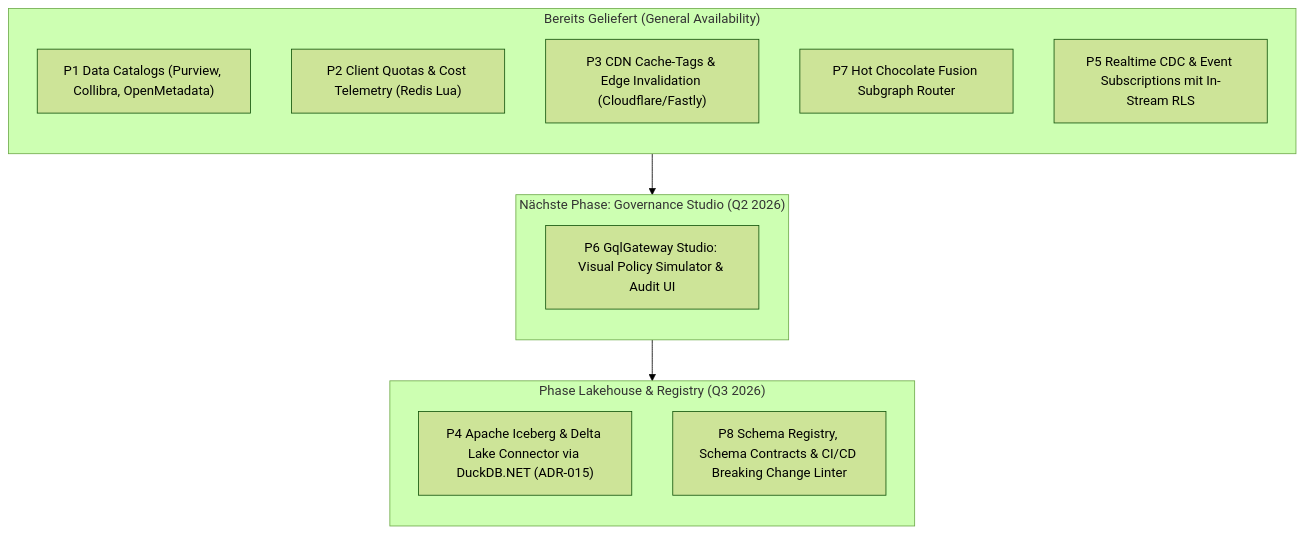
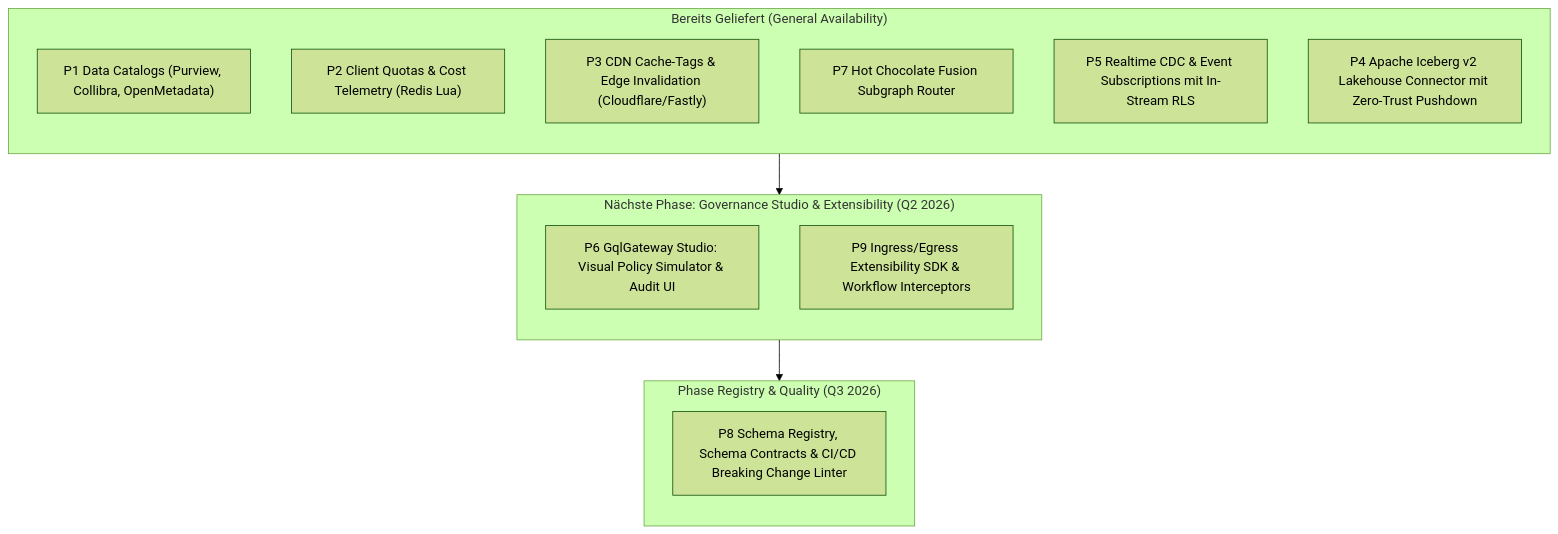
One commit to themulle/gql changed the third of 3 diagrams in marktanalyse.md. Above: the diagram before and after it, drawn with Mermaid (forest theme). The commit also changed other lines of this file and 18 other files, not shown here.

````diff
--- a/marktanalyse.md
+++ b/marktanalyse.md
@@ -78,25 +161,26 @@
 ```mermaid
 flowchart TD
     subgraph Delivered["Bereits Geliefert (General Availability)"]
         direction TB
         D1["P1 Data Catalogs (Purview, Collibra, OpenMetadata)"]
         D2["P2 Client Quotas & Cost Telemetry (Redis Lua)"]
         D3["P3 CDN Cache-Tags & Edge Invalidation (Cloudflare/Fastly)"]
         D4["P7 Hot Chocolate Fusion Subgraph Router"]
         D5["P5 Realtime CDC & Event Subscriptions mit In-Stream RLS"]
+        D6["P4 Apache Iceberg v2 Lakehouse Connector mit Zero-Trust Pushdown"]
     end
 
-    subgraph PhaseNext["Nächste Phase: Governance Studio (Q2 2026)"]
+    subgraph PhaseNext["Nächste Phase: Governance Studio & Extensibility (Q2 2026)"]
         direction TB
         E1["P6 GqlGateway Studio: Visual Policy Simulator & Audit UI"]
+        E2["P9 Ingress/Egress Extensibility SDK & Workflow Interceptors"]
     end
 
-    subgraph PhaseLakehouse["Phase Lakehouse & Registry (Q3 2026)"]
+    subgraph PhaseRegistry["Phase Registry & Quality (Q3 2026)"]
         direction TB
-        F1["P4 Apache Iceberg & Delta Lake Connector via DuckDB.NET (ADR-015)"]
-        F2["P8 Schema Registry, Schema Contracts & CI/CD Breaking Change Linter"]
+        F1["P8 Schema Registry, Schema Contracts & CI/CD Breaking Change Linter"]
     end
 
     Delivered --> PhaseNext
-    PhaseNext --> PhaseLakehouse
+    PhaseNext --> PhaseRegistry
 ```
````
